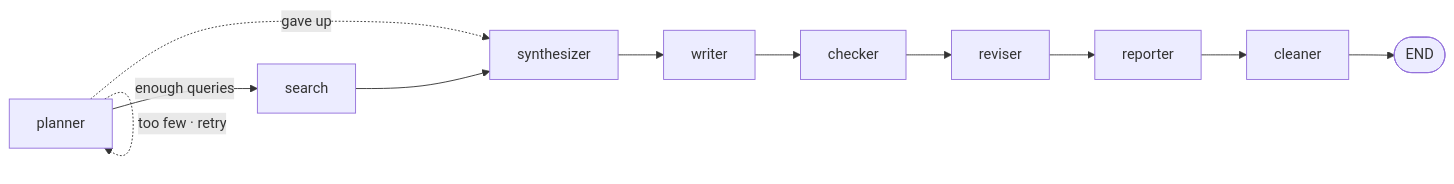
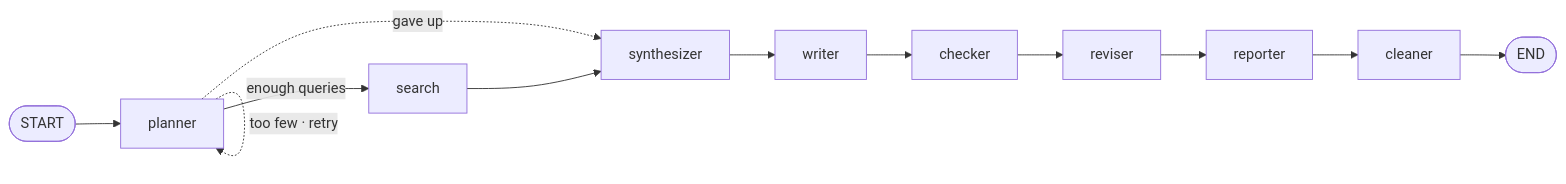
Before and after one commit to rocknroll17/langgraph_news_agent: the diagram in README.md, drawn with Mermaid.

Commit message:
Add START node to diagram

````diff
--- a/README.md
+++ b/README.md
@@ -48,13 +48,14 @@
 ```mermaid
 flowchart LR
-    P[planner] -->|enough queries| S[search]
+    ST([START]) --> P[planner]
+    P -->|enough queries| S[search]
     P -.->|too few · retry| P
     P -.->|gave up| SY
     S --> SY[synthesizer]
     SY --> W[writer]
     W --> C[checker]
     C --> R[reviser]
     R --> RP[reporter]
     RP --> CL[cleaner]
     CL --> E([END])
 ```
````
